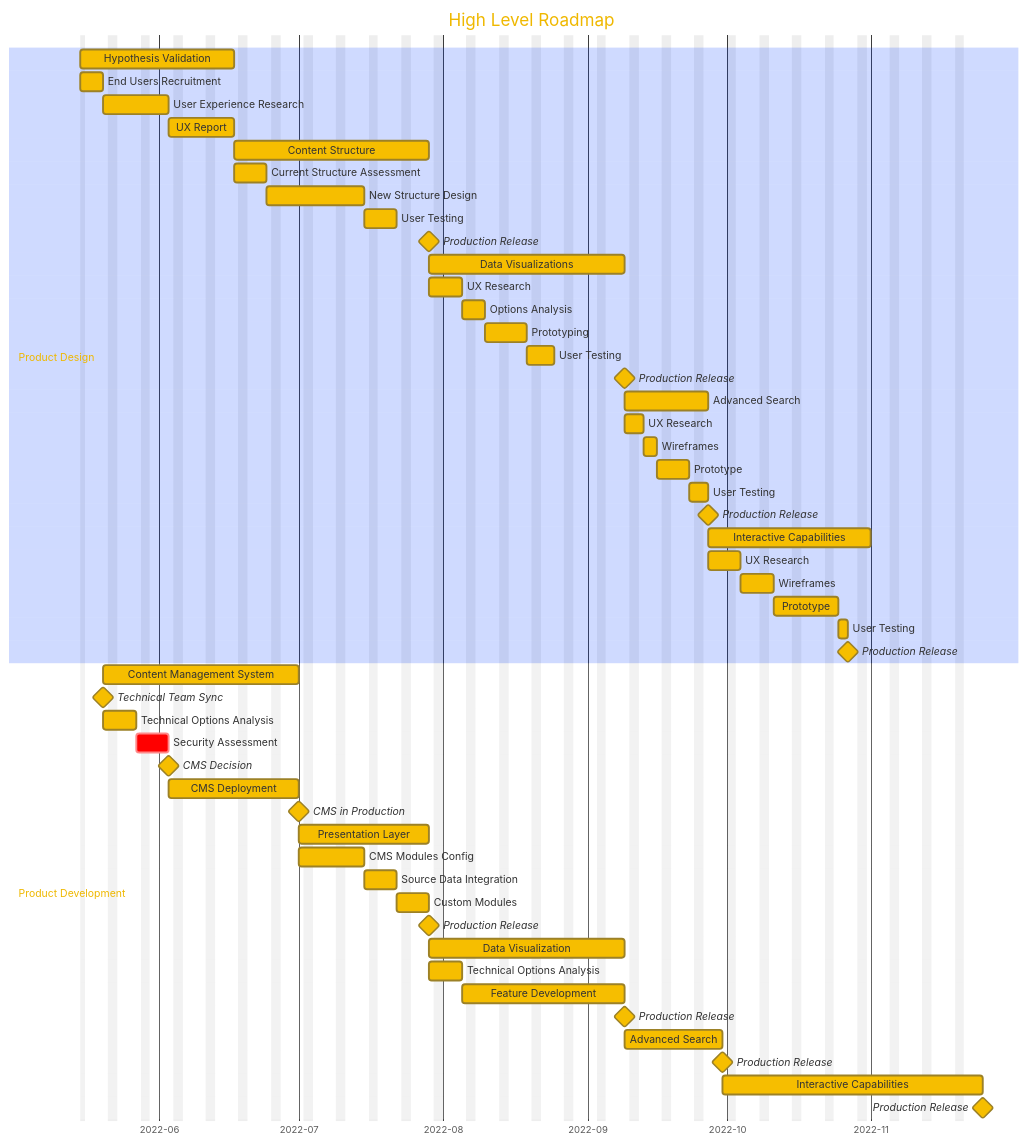
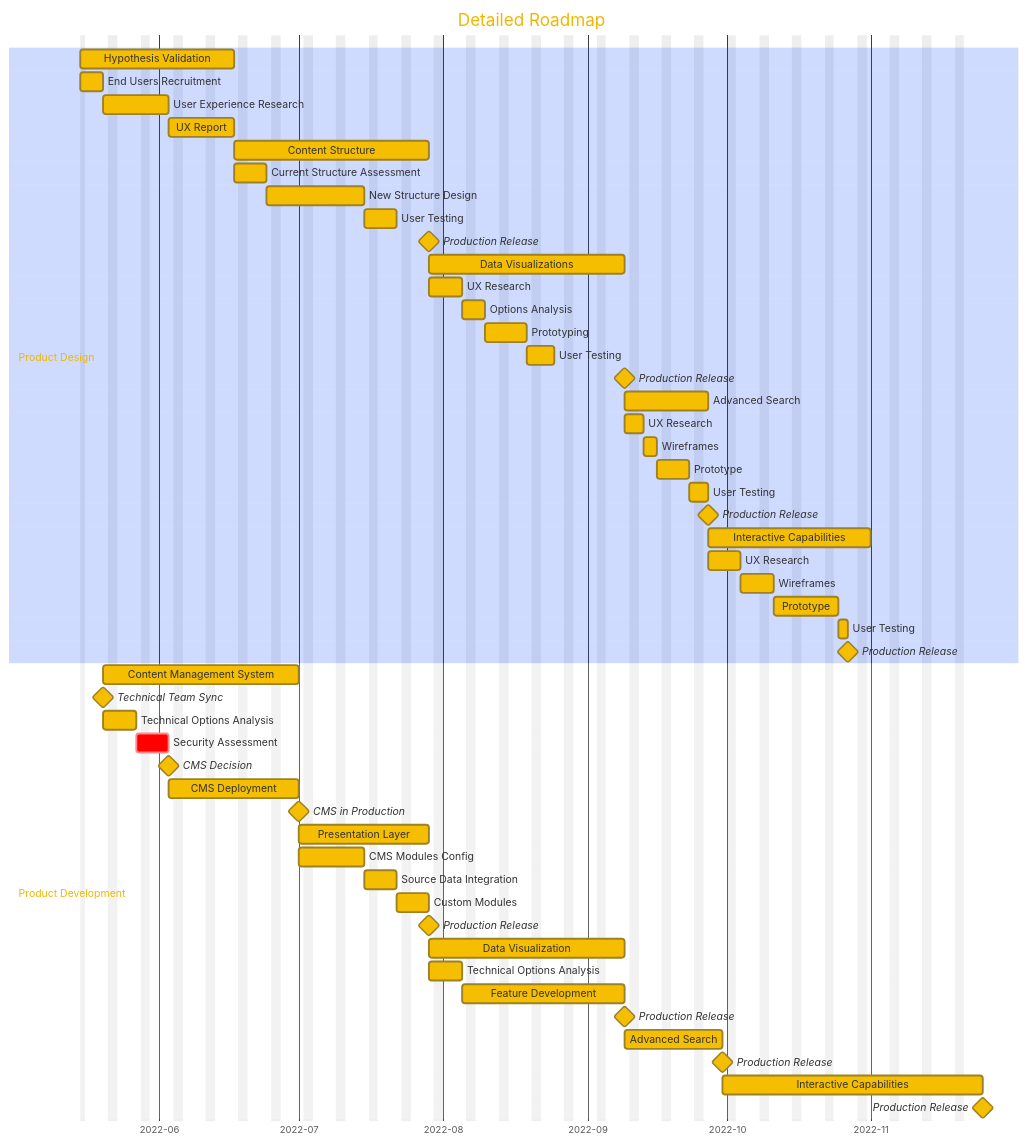
One commit to cds-snc/consultation-references changed the second of 2 diagrams in base-product-roadmap.md. Above: the diagram before and after it, drawn with Mermaid. The commit also changed other lines of this file, not shown here.

Commit message:
split roadmap into high level vs detailed

````diff
--- a/base-product-roadmap.md
+++ b/base-product-roadmap.md
@@ -17,71 +149,71 @@
 ```mermaid
 %%{init: {"theme": "base", "themeVariables": { "primaryColor": "#F6BE00" }, "themeCSS": ".taskText { font-size:13px; font-weight: bold} .taskTextOutsideRight { font-size:13px; fill: #F6BE00; text-shadow: 1px 1px 1px black; font-weight: bold;} .taskTextOutsideLeft { font-size:13px; fill: #F6BE00; text-shadow: 0.5px 0.5px 0.5px black; font-weight: bold;} .section {opacity:0.05} "}}%%
 gantt
-    title High Level Roadmap
+    title Detailed Roadmap
     dateFormat  YYYY-MM-DD
     axisFormat  %Y-%m
     excludes    weekends
 
     section Product Design
 
     Hypothesis Validation               :  des1, 2022-05-15, 25d
     End Users Recruitment               :2022-05-15, 5d
     User Experience Research            :10d
     UX Report                           :10d
 
     Content Structure                   : des2, after des1,  30d
     Current Structure Assessment        :des2a, after des1, 5d
     New Structure Design                :15d
     User Testing                        :5d
     Production Release                  :milestone, mil1, after des2, 0d
     
     Data Visualizations             : des3, after mil1, 30d
     UX Research                     :after mil1, 5d
     Options Analysis                :3d
     Prototyping                     :7d
     User Testing                    :4d
     Production Release              :milestone, mil2, after des3, 0d
     
     Advanced Search                 : des4, after des3, 12d
     UX Research                     :after des3, 2d
     Wireframes                      :3d
     Prototype                       :5d
     User Testing                    :2d
     Production Release              :milestone, 0d
 
     Interactive Capabilities            : des5, after des4, 25d
     UX Research                         :after des4, 5d
     Wireframes                          :5d
     Prototype                           :10d
     User Testing                        :2d
     Production Release                  :milestone, 0d
 
 
     section Product Development
 
     Content Management System : dev1, 2022-05-20, 30d
     Technical Team Sync: milestone, 2022-05-20, 0d
     Technical Options Analysis :2022-05-20, 5d
     Security Assessment          :crit,  5d
     CMS Decision: milestone, 0d
     CMS Deployment      : 20d
     CMS in Production: milestone, 0d
     
     Presentation Layer              : dev2, after dev1, 20d
     CMS Modules Config              :after dev1, 10d
     Source Data Integration         :5d
     Custom Modules                  :5d
     Production Release              :milestone, 0d
 
     Data Visualization              : dev3, after dev2, 30d
     Technical Options Analysis      :after dev2, 5d
     Feature Development             :25d
     Production Release              :milestone, 0d
 
     Advanced Search                 : dev4, after dev3, 15d
     Production Release              : milestone, 0d
 
     Interactive Capabilities        : dev5, after dev4, 40d
     Production Release              : milestone, 0d
     
 ```
````
